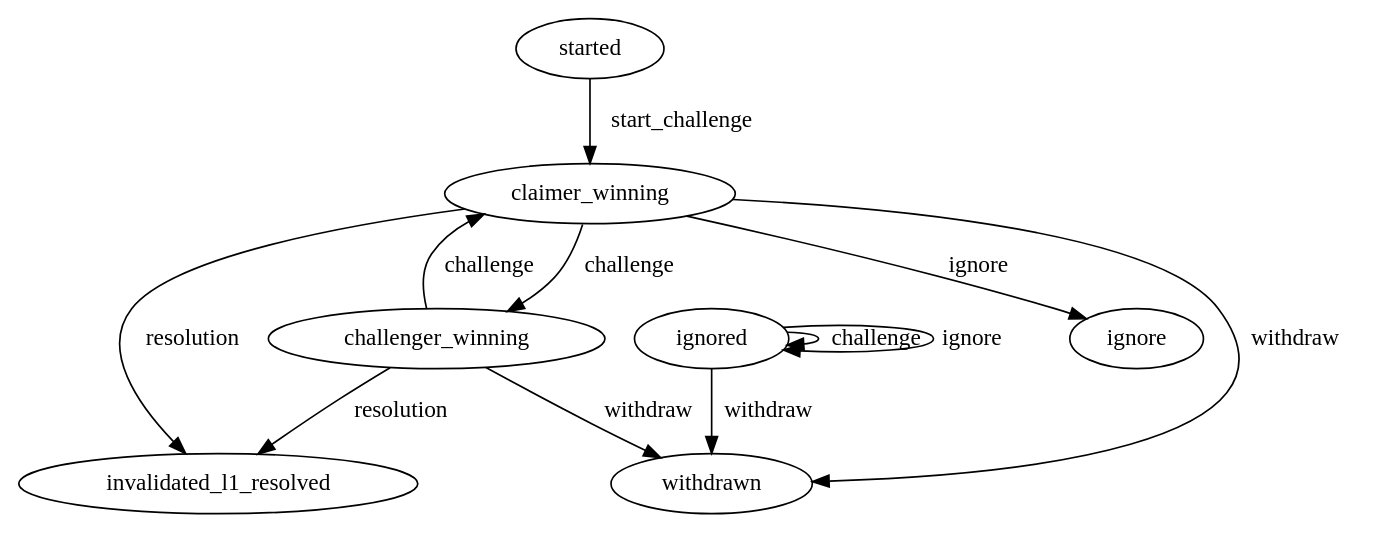
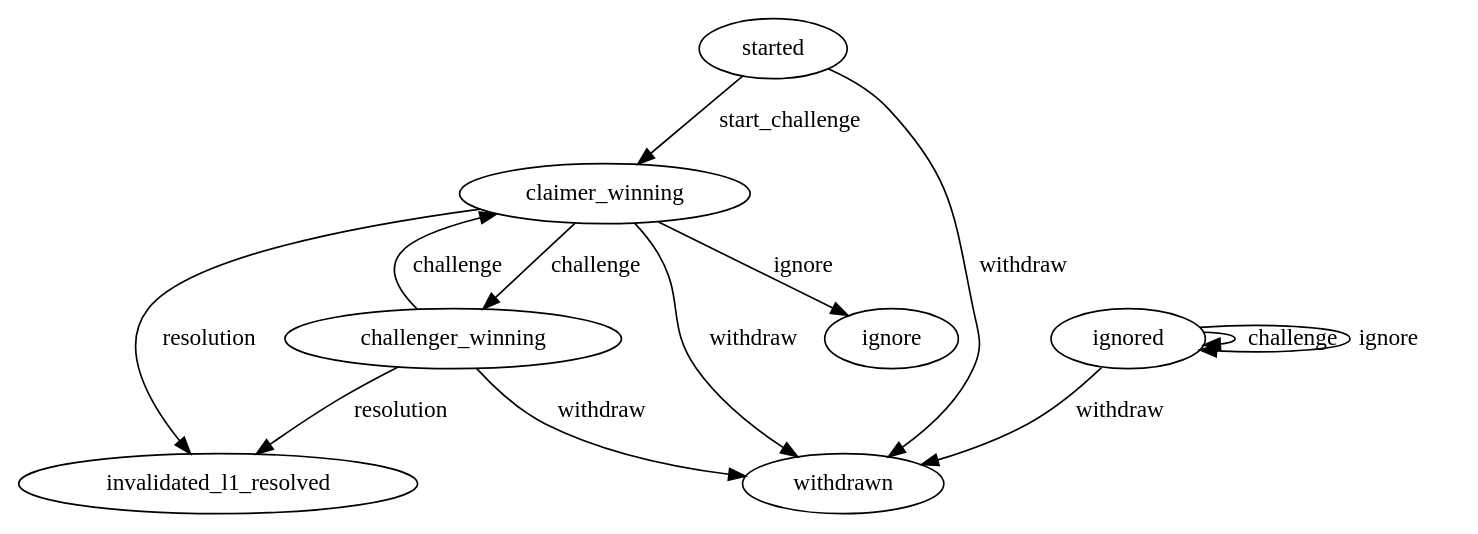
The diagram in docs/source/claim_state_machine.dot (beamer-bridge/beamer), drawn with Graphviz before and after one commit.

Commit message:
docs: update claim state machine diagram started -> withdrawn

```diff
--- a/docs/source/claim_state_machine.dot
+++ b/docs/source/claim_state_machine.dot
@@ -1,19 +1,20 @@
 digraph claim_state_machine {
     node [] started, claimer_winning, challenger_winning, invalidated_l1_resolved, ignored, withdrawn;
 
     started -> claimer_winning [label = start_challenge];
+    started -> withdrawn [label = withdraw];
 
     claimer_winning -> challenger_winning [label = challenge];
     challenger_winning -> claimer_winning [label = challenge];
     ignored -> ignored [label = challenge];
 
     claimer_winning -> invalidated_l1_resolved [label = resolution];
     challenger_winning -> invalidated_l1_resolved [label = resolution];
 
     claimer_winning -> withdrawn [label = withdraw];
     challenger_winning -> withdrawn [label = withdraw];
     ignored -> withdrawn [label = withdraw];
 
     claimer_winning -> ignore [label = ignore];
     ignored -> ignored [label = ignore];
 }
```
